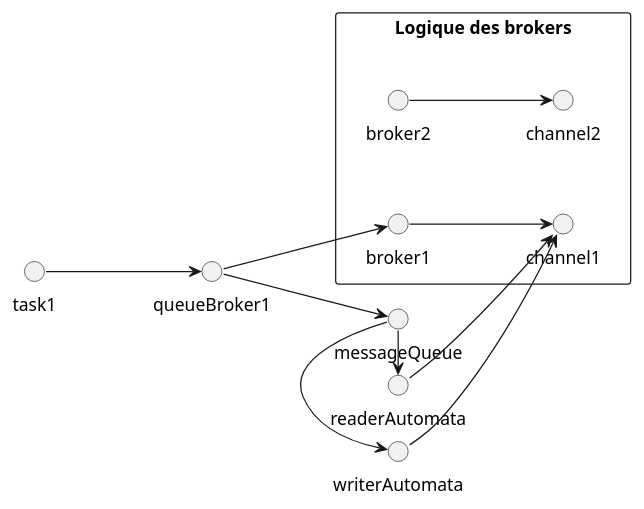
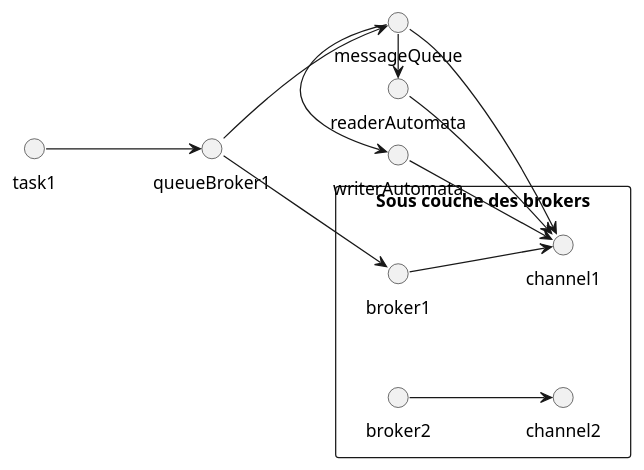
One commit to Stefy237/TP_SAR_PG2025 changed the diagram in SAR_spec1/design2.plantuml. Above: the diagram before and after it, drawn with PlantUML. The commit also changed 17 other files, not shown here.

```diff
--- a/SAR_spec1/design2.plantuml
+++ b/SAR_spec1/design2.plantuml
@@ -1,26 +1,30 @@
 @startuml Design du queue broker synchrone
 left to right direction
+
+skinparam ranksep 0
+skinparam nodesep 0
 
 circle task1
 circle queueBroker1
 circle messageQueue
 circle readerAutomata
 circle writerAutomata
-rectangle "Logique des brokers" {
+rectangle "Sous couche des brokers" {
     circle broker1
     circle broker2
     circle channel1
     circle channel2
 }
 
 task1 --> queueBroker1
 queueBroker1 --> broker1
-queueBroker1 --> messageQueue
+queueBroker1 -down-> messageQueue
 broker1 --> channel1
-' messageQueue -> channel1
+messageQueue -> channel1
 messageQueue -> writerAutomata
 messageQueue -> readerAutomata
 writerAutomata --> channel1
 readerAutomata --> channel1
 broker2 --> channel2
+
 @enduml
```
